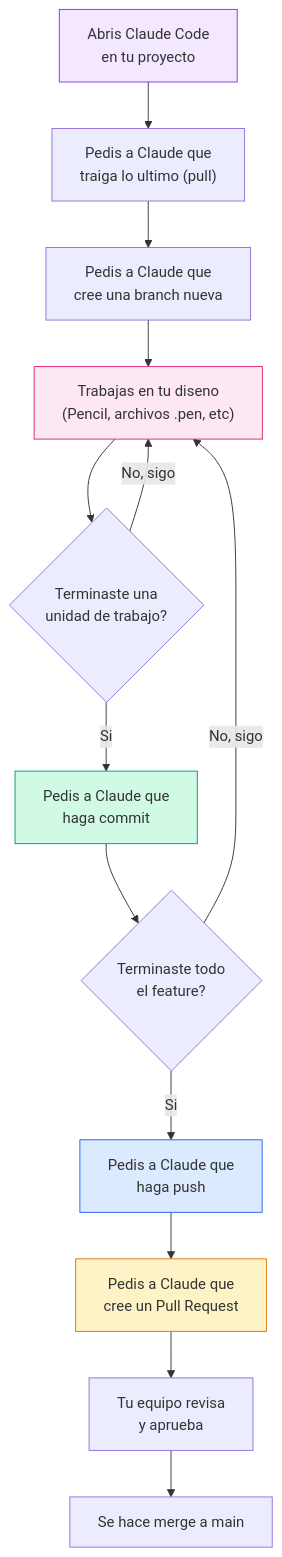
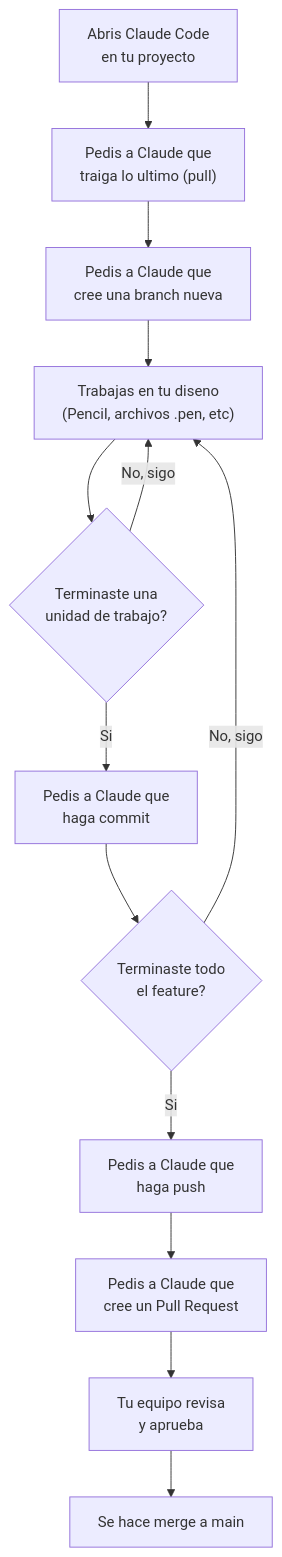
Before and after one commit to santimarro/guia-pauli-git: the seventh of 9 diagrams in guia-git-para-pauli.md, drawn with Mermaid. The commit also changed other lines of this file, not shown here.

Commit message:
remove custom mermaid colors for github dark mode compat

````diff
--- a/guia-git-para-pauli.md
+++ b/guia-git-para-pauli.md
@@ -292,21 +283,15 @@
 ```mermaid
 flowchart TD
     A["Abris Claude Code<br/>en tu proyecto"] --> B["Pedis a Claude que<br/>traiga lo ultimo (pull)"]
     B --> C["Pedis a Claude que<br/>cree una branch nueva"]
     C --> D["Trabajas en tu diseno<br/>(Pencil, archivos .pen, etc)"]
     D --> E{"Terminaste una<br/>unidad de trabajo?"}
     E -->|"Si"| F["Pedis a Claude que<br/>haga commit"]
     F --> G{"Terminaste todo<br/>el feature?"}
     G -->|"No, sigo"| D
     G -->|"Si"| H["Pedis a Claude que<br/>haga push"]
     H --> I["Pedis a Claude que<br/>cree un Pull Request"]
     I --> J["Tu equipo revisa<br/>y aprueba"]
     J --> K["Se hace merge a main"]
     E -->|"No, sigo"| D
-
-    style A fill:#F3E8FF,stroke:#7C3AED
-    style D fill:#FCE7F3,stroke:#DB2777
-    style F fill:#D1FAE5,stroke:#059669
-    style H fill:#DBEAFE,stroke:#2563EB
-    style I fill:#FEF3C7,stroke:#D97706
 ```
````
